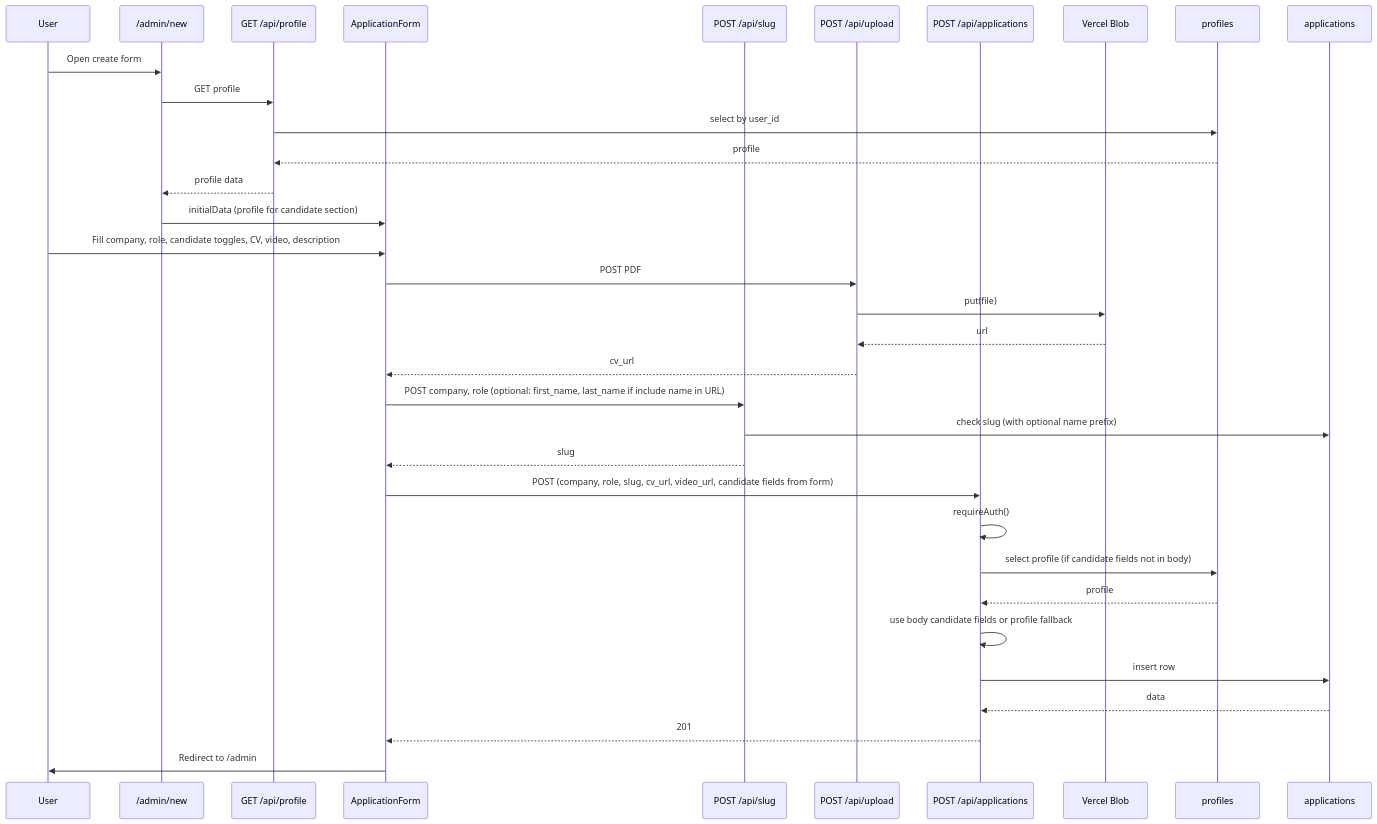
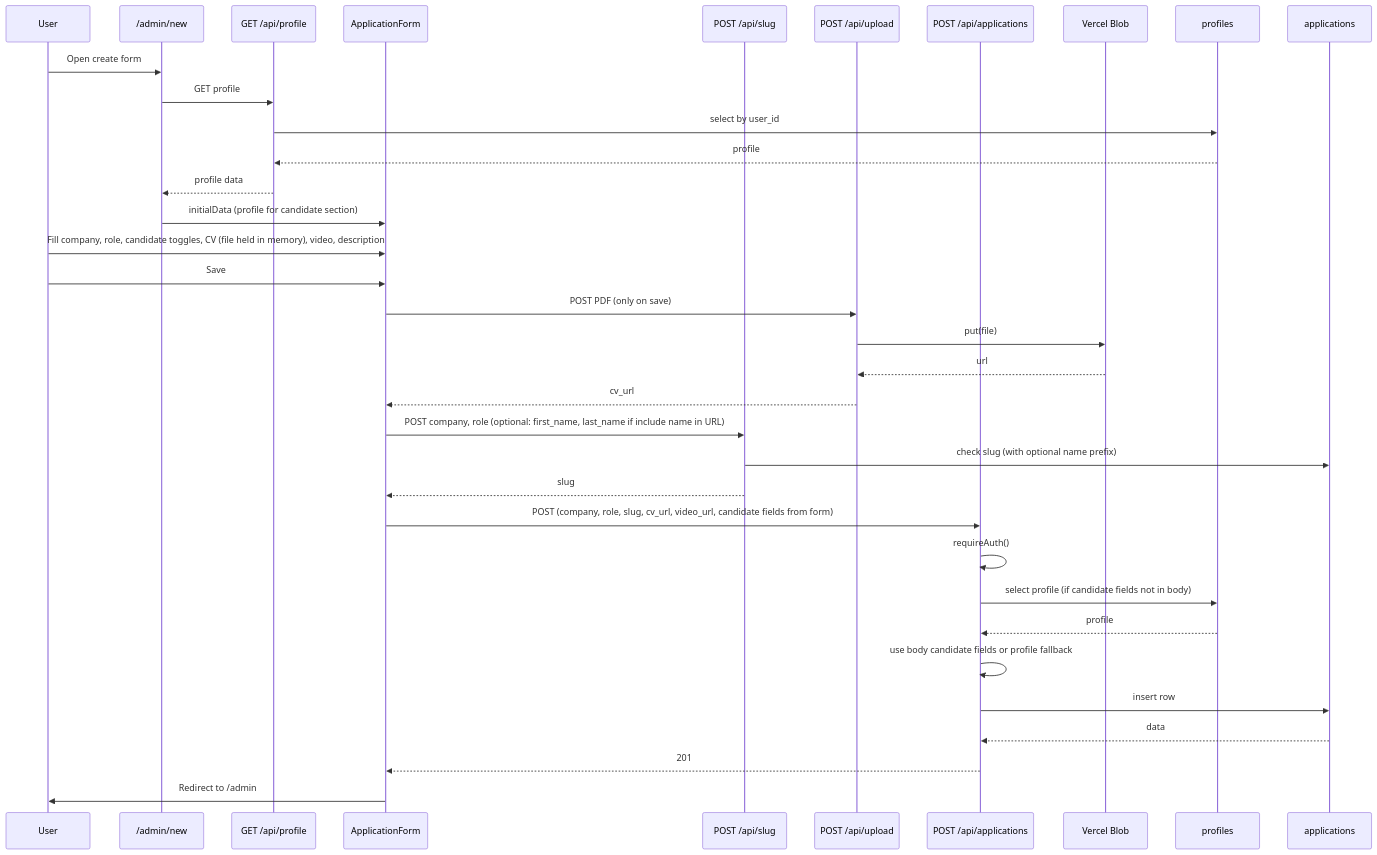
Before and after one commit to joan-gerard/my-hire-view: the fourth of 6 diagrams in docs/DATA_FLOW.md, drawn with Mermaid. The commit also changed other lines of this file and 8 other files, not shown here.

Commit message:
eat(cv): upload PDF on save, delete blob on delete/replace, optional modal cv preview

````diff
--- a/docs/DATA_FLOW.md
+++ b/docs/DATA_FLOW.md
@@ -109,38 +109,39 @@
 ```mermaid
 sequenceDiagram
   participant U as User
   participant NewPage as /admin/new
   participant ProfileAPI as GET /api/profile
   participant Form as ApplicationForm
   participant SlugAPI as POST /api/slug
   participant UploadAPI as POST /api/upload
   participant AppsAPI as POST /api/applications
   participant Blob as Vercel Blob
   participant Profiles as profiles
   participant Applications as applications
 
   U->>NewPage: Open create form
   NewPage->>ProfileAPI: GET profile
   ProfileAPI->>Profiles: select by user_id
   Profiles-->>ProfileAPI: profile
   ProfileAPI-->>NewPage: profile data
   NewPage->>Form: initialData (profile for candidate section)
 
-  U->>Form: Fill company, role, candidate toggles, CV, video, description
-  Form->>UploadAPI: POST PDF
+  U->>Form: Fill company, role, candidate toggles, CV (file held in memory), video, description
+  U->>Form: Save
+  Form->>UploadAPI: POST PDF (only on save)
   UploadAPI->>Blob: put(file)
   Blob-->>UploadAPI: url
   UploadAPI-->>Form: cv_url
   Form->>SlugAPI: POST company, role (optional: first_name, last_name if include name in URL)
   SlugAPI->>Applications: check slug (with optional name prefix)
   SlugAPI-->>Form: slug
   Form->>AppsAPI: POST (company, role, slug, cv_url, video_url, candidate fields from form)
   AppsAPI->>AppsAPI: requireAuth()
   AppsAPI->>Profiles: select profile (if candidate fields not in body)
   Profiles-->>AppsAPI: profile
   AppsAPI->>AppsAPI: use body candidate fields or profile fallback
   AppsAPI->>Applications: insert row
   Applications-->>AppsAPI: data
   AppsAPI-->>Form: 201
   Form->>U: Redirect to /admin
 ```
````
